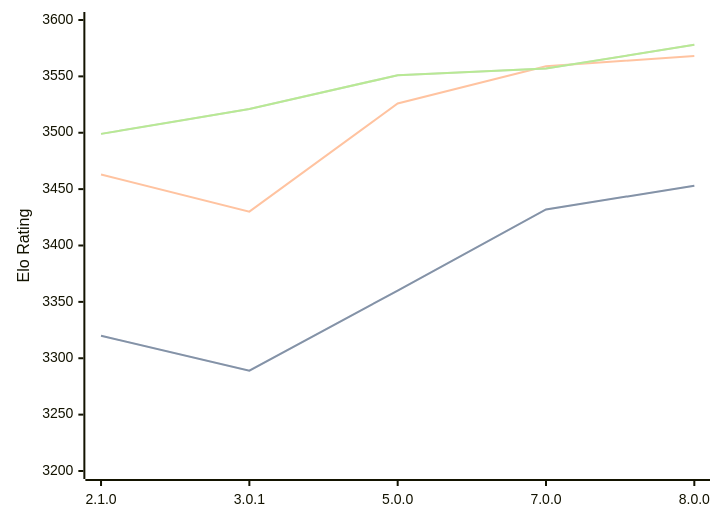
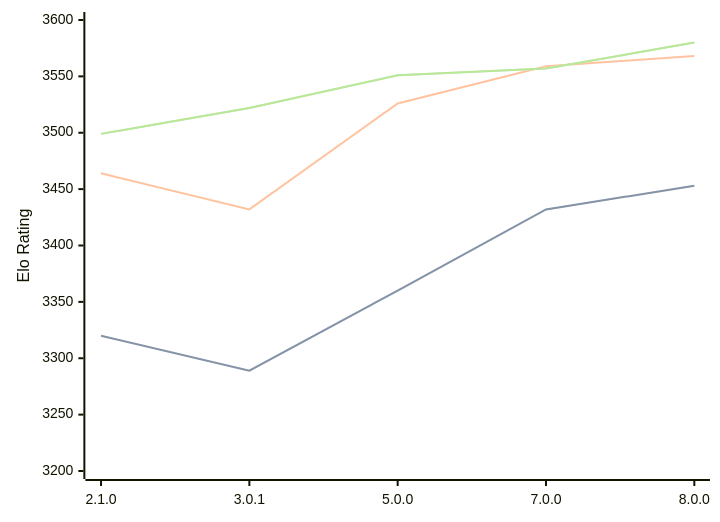
The diagram in engines/PlentyChess.md (computer-chess-index/cci), drawn with Mermaid before and after one commit. The commit also changed other lines of this file, not shown here.

Commit message:
Update CCI Ratings (ELO VLTC) - 2026-08-20

````diff
--- a/engines/PlentyChess.md
+++ b/engines/PlentyChess.md
@@ -37,11 +37,11 @@
 ```mermaid
 %%{init: {"theme":"base","themeVariables":{"seriesColors:['#a3a3a3','#222221','#faa371']}}}%%
 xychart-beta
   x-axis ["2.1.0", "3.0.1", "5.0.0", "7.0.0", "8.0.0"]
   y-axis "Elo Rating" 3200 --> 3600
   line "STC (8.0+0.08s)" [3320, 3289, 3360, 3432, 3453]
   line "STC (8.0+0.08s)" [3320, 3289, 3360, 3432, 3453]
-  line "LTC (60.0+0.60s)" [3463, 3430, 3526, 3559, 3568]
-  line "VLTC (2m24s+1.12s)" [3499, 3521, 3551, 3557, 3578]
-  line "VLTC (2m24s+1.12s)" [3499, 3521, 3551, 3557, 3578]
+  line "LTC (60.0+0.60s)" [3464, 3432, 3526, 3559, 3568]
+  line "VLTC (2m24s+1.12s)" [3499, 3522, 3551, 3557, 3580]
+  line "VLTC (2m24s+1.12s)" [3499, 3522, 3551, 3557, 3580]
 ```
````
